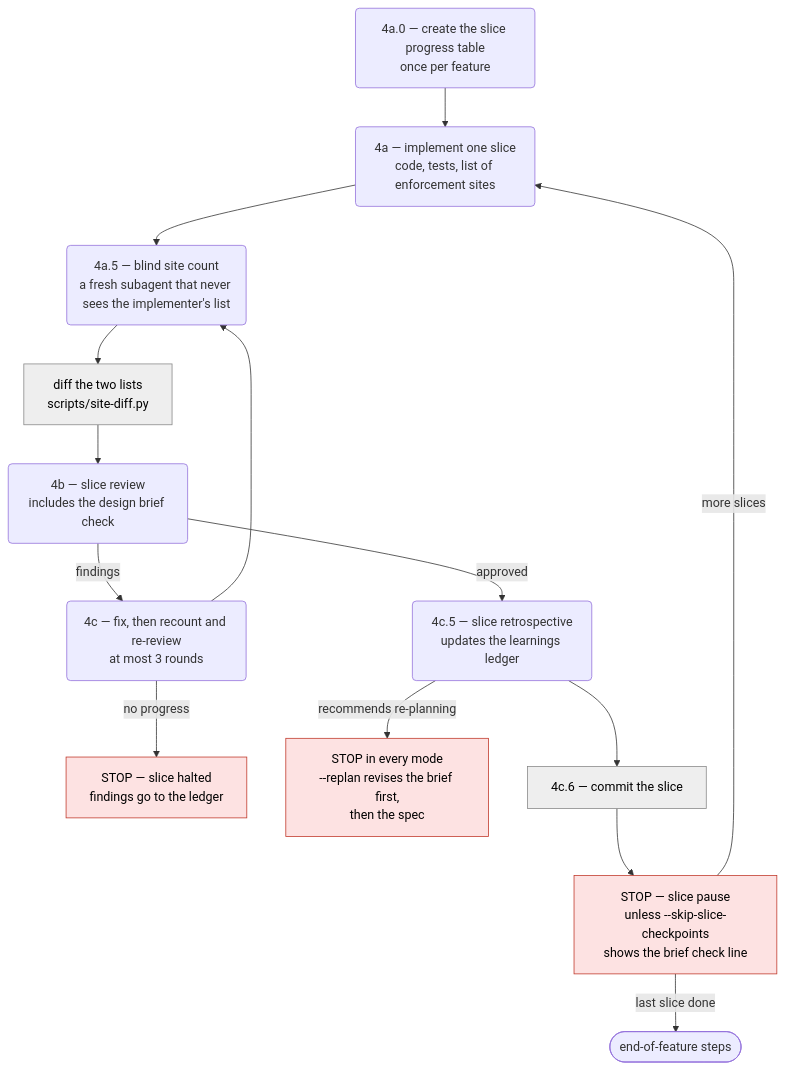
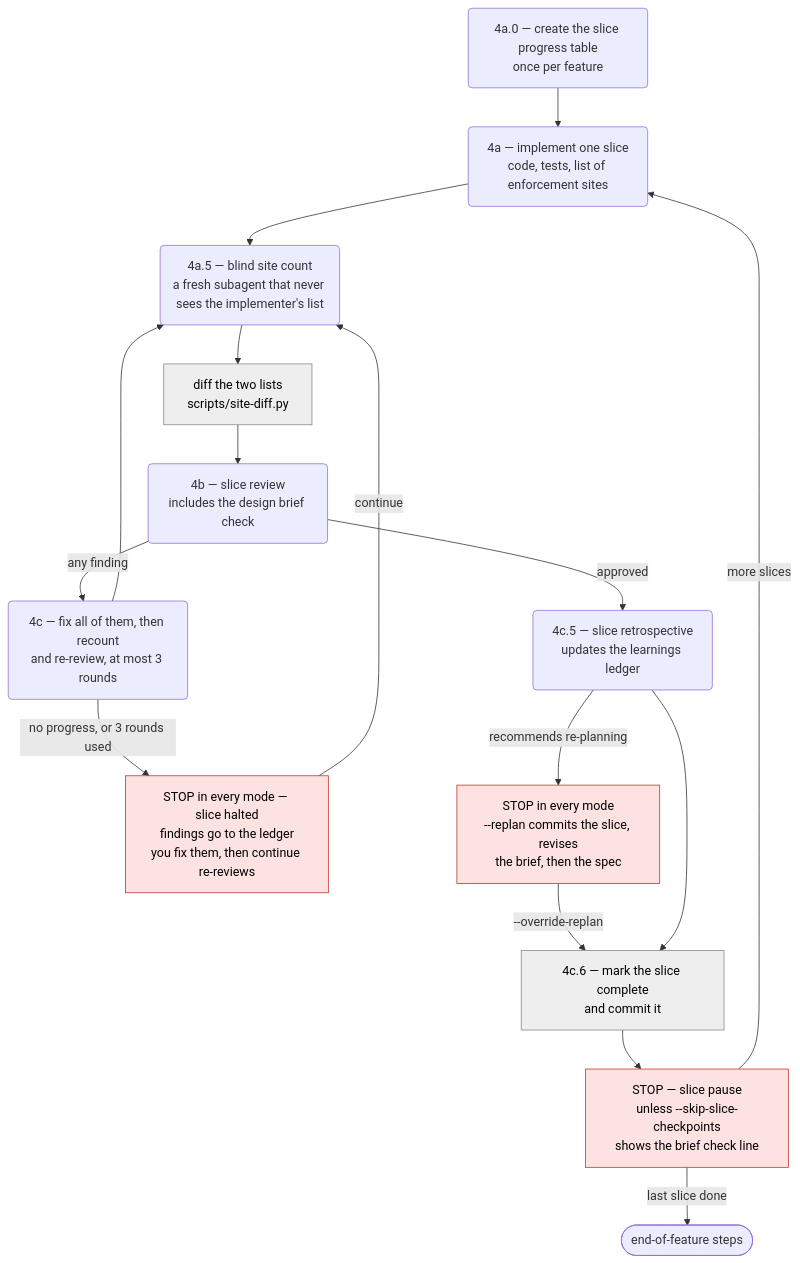
The third of 4 diagrams in agent-engineering/docs/sdd-flow-diagram.md (pablooliva/claude-plugins), drawn with Mermaid before and after one commit. The commit also changed other lines of this file and 11 other files, not shown here.

````diff
--- a/agent-engineering/docs/sdd-flow-diagram.md
+++ b/agent-engineering/docs/sdd-flow-diagram.md
@@ -93,19 +93,21 @@
 ```mermaid
 flowchart TD
     scaffold("4a.0 — create the slice progress table<br/>once per feature") --> impl("4a — implement one slice<br/>code, tests, list of enforcement sites")
     impl --> count("4a.5 — blind site count<br/>a fresh subagent that never sees the implementer's list")
     count --> diff["diff the two lists<br/>scripts/site-diff.py"]:::orch
     diff --> review("4b — slice review<br/>includes the design brief check")
-    review -- "findings" --> fix("4c — fix, then recount and re-review<br/>at most 3 rounds")
+    review -- "any finding" --> fix("4c — fix all of them, then recount<br/>and re-review, at most 3 rounds")
     fix --> count
-    fix -- "no progress" --> halt["STOP — slice halted<br/>findings go to the ledger"]:::stop
+    fix -- "no progress, or 3 rounds used" --> halt["STOP in every mode — slice halted<br/>findings go to the ledger<br/>you fix them, then continue re-reviews"]:::stop
+    halt -- "continue" --> count
     review -- "approved" --> retro("4c.5 — slice retrospective<br/>updates the learnings ledger")
-    retro -- "recommends re-planning" --> replan["STOP in every mode<br/>--replan revises the brief first,<br/>then the spec"]:::stop
-    retro --> commit["4c.6 — commit the slice"]:::orch
+    retro -- "recommends re-planning" --> replan["STOP in every mode<br/>--replan commits the slice, revises<br/>the brief, then the spec"]:::stop
+    replan -- "--override-replan" --> commit
+    retro --> commit["4c.6 — mark the slice complete<br/>and commit it"]:::orch
     commit --> pause["STOP — slice pause<br/>unless --skip-slice-checkpoints<br/>shows the brief check line"]:::stop
     pause -- "more slices" --> impl
     pause -- "last slice done" --> eof(["end-of-feature steps"])
 
     classDef stop fill:#fde2e2,stroke:#c0392b,color:#000
     classDef orch fill:#eeeeee,stroke:#888888,color:#000
 ```
````
